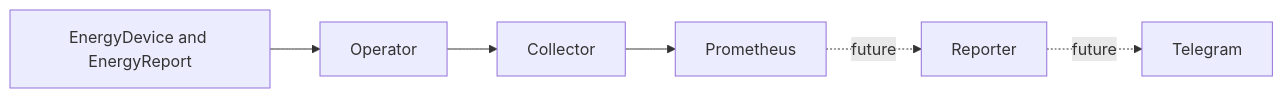
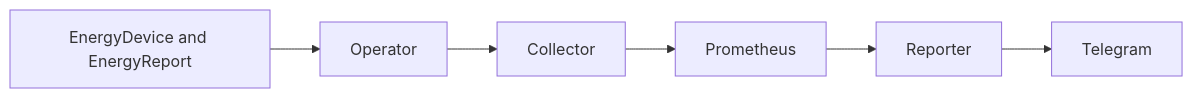
One commit to alvarorg14/kubewattch changed the diagram in README.md. Above: the diagram before and after it, drawn with Mermaid. The commit also changed other lines of this file and 47 other files, not shown here.

````diff
--- a/README.md
+++ b/README.md
@@ -60,8 +60,8 @@
 ```mermaid
 flowchart LR
   CR[EnergyDevice and EnergyReport] --> Operator
   Operator --> Collector
   Collector --> Prometheus
-  Prometheus -. future .-> Reporter
-  Reporter -. future .-> Telegram
+  Prometheus --> Reporter
+  Reporter --> Telegram
 ```
````
